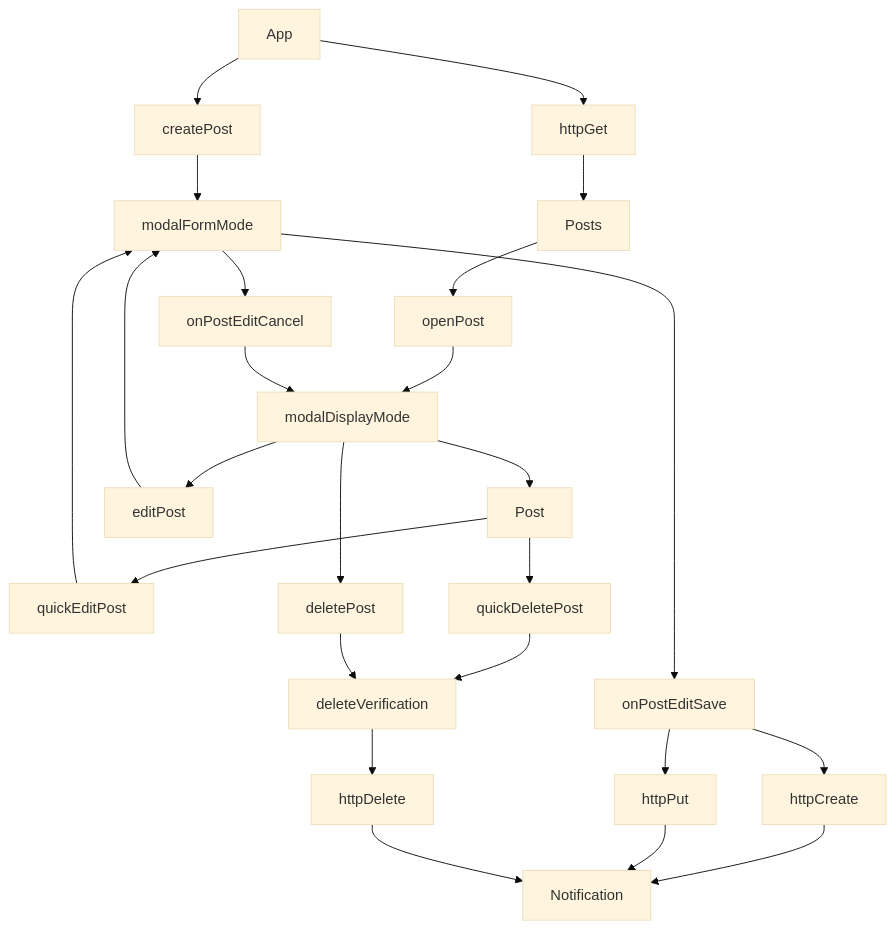
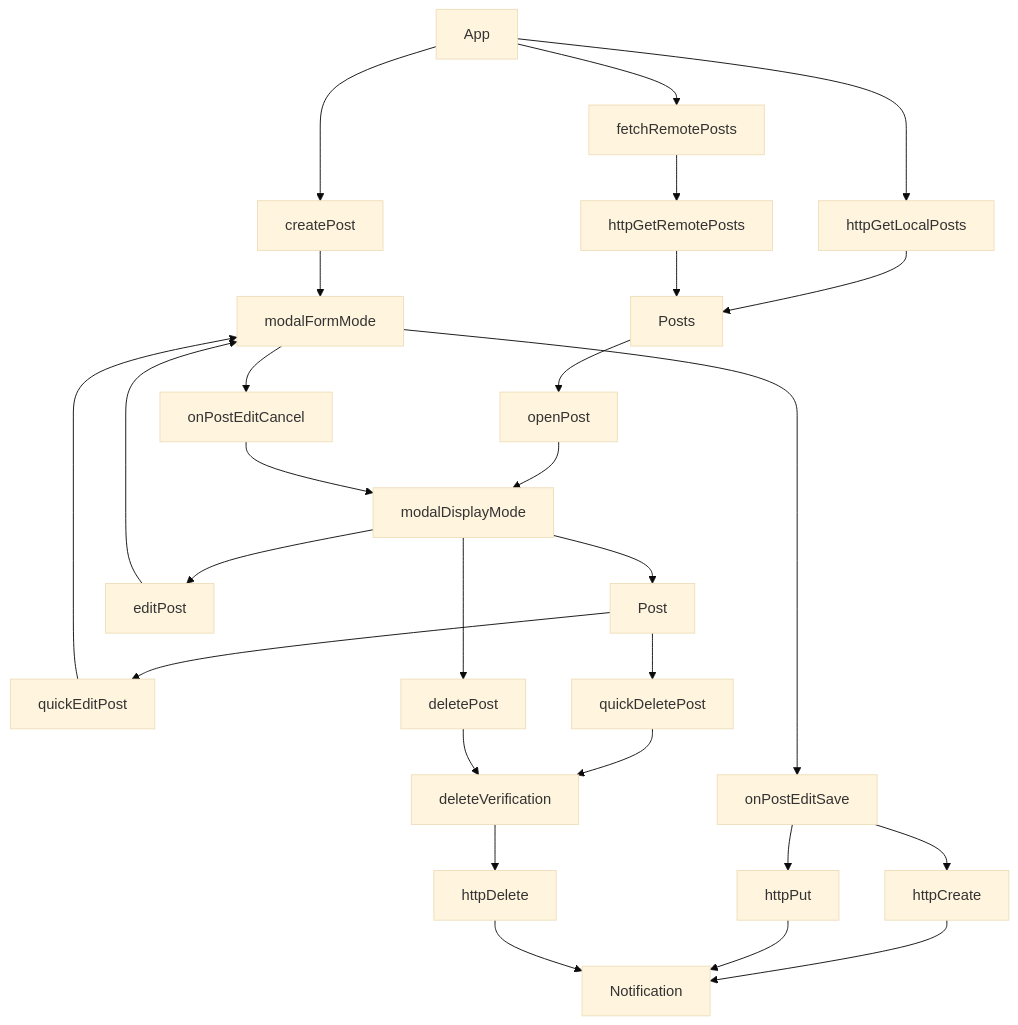
One commit to TheoKondak/CRUD-app changed the diagram in README.md. Above: the diagram before and after it, drawn with Mermaid (base theme). The commit also changed other lines of this file and 5 other files, not shown here.

````diff
--- a/README.md
+++ b/README.md
@@ -59,25 +61,26 @@
 ```mermaid
 flowchart TD
     
     App --> createPost --> modalFormMode
-    App --> httpGet --> Posts
+    App --> httpGetLocalPosts --> Posts
+    App --> fetchRemotePosts --> httpGetRemotePosts --> Posts
     
     Posts --> openPost --> modalDisplayMode --> Post
     
     Post --> quickEditPost --> modalFormMode
     Post --> quickDeletePost --> deleteVerification
 
     modalDisplayMode --> editPost --> modalFormMode
     modalDisplayMode --> deletePost --> deleteVerification
 
     modalFormMode --> onPostEditSave --> httpCreate
     modalFormMode --> onPostEditCancel --> modalDisplayMode
 
     onPostEditSave --> httpPut
     deleteVerification --> httpDelete
 
     httpCreate --> Notification
     httpPut --> Notification
     httpDelete --> Notification
    
 ```
````
